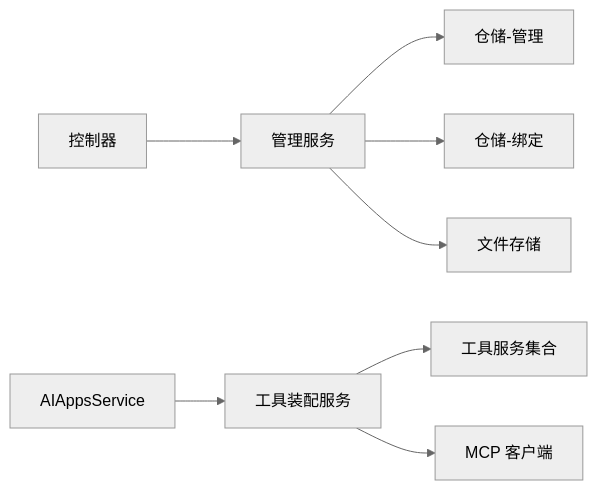
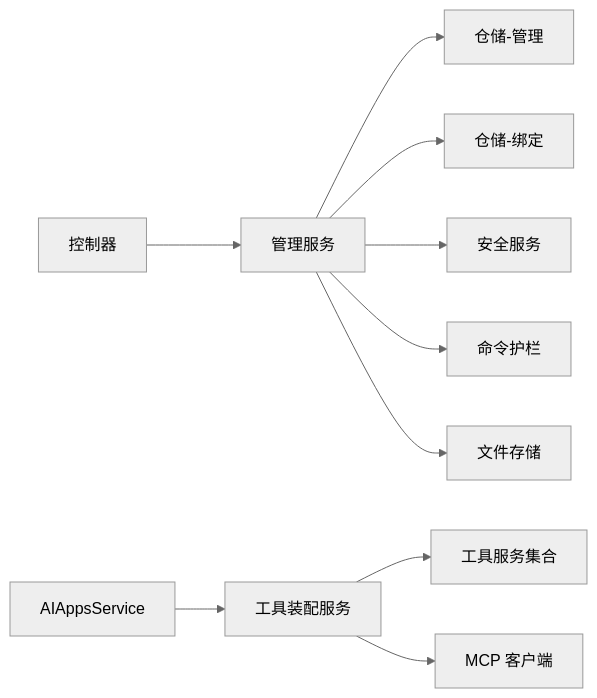
Before and after one commit to junkai-li/NetCoreKevin: the ninth of 9 diagrams in .qoder/repowiki/zh/content/AI智能体/技能工具管理.md, drawn with Mermaid (neutral theme). The commit also changed other lines of this file and 40 other files, not shown here.

````diff
--- a/.qoder/repowiki/zh/content/AI智能体/技能工具管理.md
+++ b/.qoder/repowiki/zh/content/AI智能体/技能工具管理.md
@@ -437,10 +555,12 @@
 ```mermaid
 graph LR
 Ctl["控制器"] --> SvcMgr["管理服务"]
 SvcMgr --> RepoMgr["仓储-管理"]
 SvcMgr --> RepoBind["仓储-绑定"]
+SvcMgr --> Safety["安全服务"]
+SvcMgr --> Guardrails["命令护栏"]
 SvcApp["AIAppsService"] --> SvcAgent["工具装配服务"]
 SvcAgent --> Tools["工具服务集合"]
 SvcAgent --> MCP["MCP 客户端"]
 SvcMgr --> FS["文件存储"]
 ```
````
